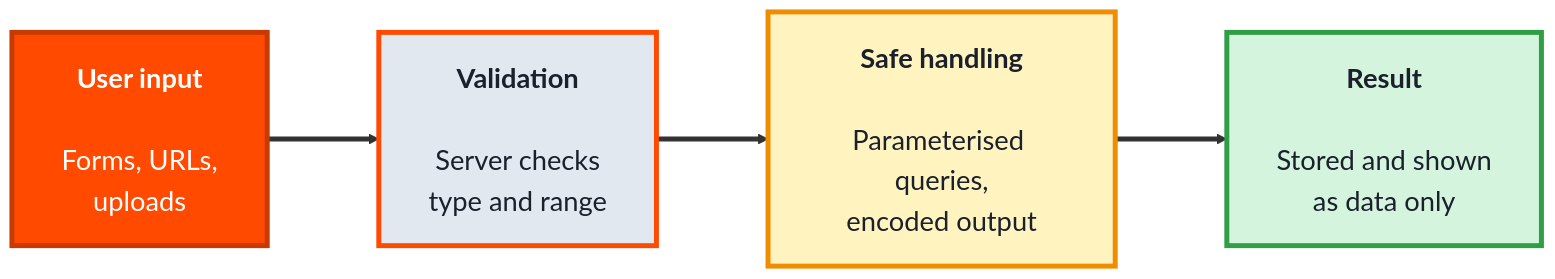
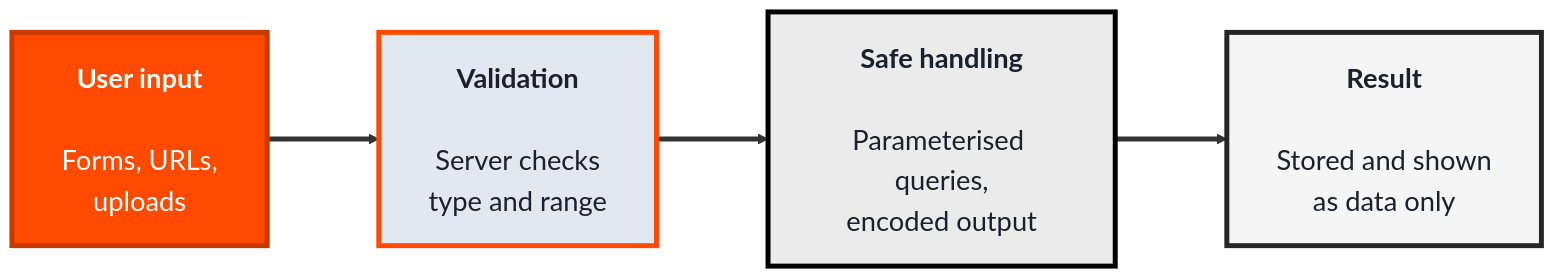
The third of 3 diagrams in src/Pages/courses/TechQA/module-7-security-testing.md (SHEMODELTECH/shemodeltech), drawn with Mermaid before and after one commit. The commit also changed other lines of this file and 46 other files, not shown here.

````diff
--- a/src/Pages/courses/TechQA/module-7-security-testing.md
+++ b/src/Pages/courses/TechQA/module-7-security-testing.md
@@ -140,16 +140,16 @@
 ```mermaid
 %%{init: {'theme':'base', 'themeVariables': {'fontSize':'22px', 'primaryTextColor':'#1a202c', 'primaryBorderColor':'#c93a00', 'lineColor':'#333333'}, 'flowchart': {'nodeSpacing': 70, 'rankSpacing': 90, 'padding': 20}}}%%
 flowchart LR
     IN["<b>User input</b><br/><br/>Forms, URLs,<br/>uploads"]
     VAL["<b>Validation</b><br/><br/>Server checks<br/>type and range"]
     SAFE["<b>Safe handling</b><br/><br/>Parameterised queries,<br/>encoded output"]
     OUT["<b>Result</b><br/><br/>Stored and shown<br/>as data only"]
 
     IN ==> VAL ==> SAFE ==> OUT
 
     style IN fill:#ff4a00,color:#fff,stroke:#c93a00,stroke-width:4px
     style VAL fill:#e2e8f0,color:#1a202c,stroke:#ff4a00,stroke-width:4px
-    style SAFE fill:#fff3bf,color:#1a202c,stroke:#f08c00,stroke-width:4px
-    style OUT fill:#d4f4dd,color:#1a202c,stroke:#2f9e44,stroke-width:4px
+    style SAFE fill:#EBEBEB,color:#1a202c,stroke:#000000,stroke-width:4px
+    style OUT fill:#F5F5F5,color:#1a202c,stroke:#262626,stroke-width:4px
     linkStyle default stroke-width:4px,stroke:#333333
 ```
````
